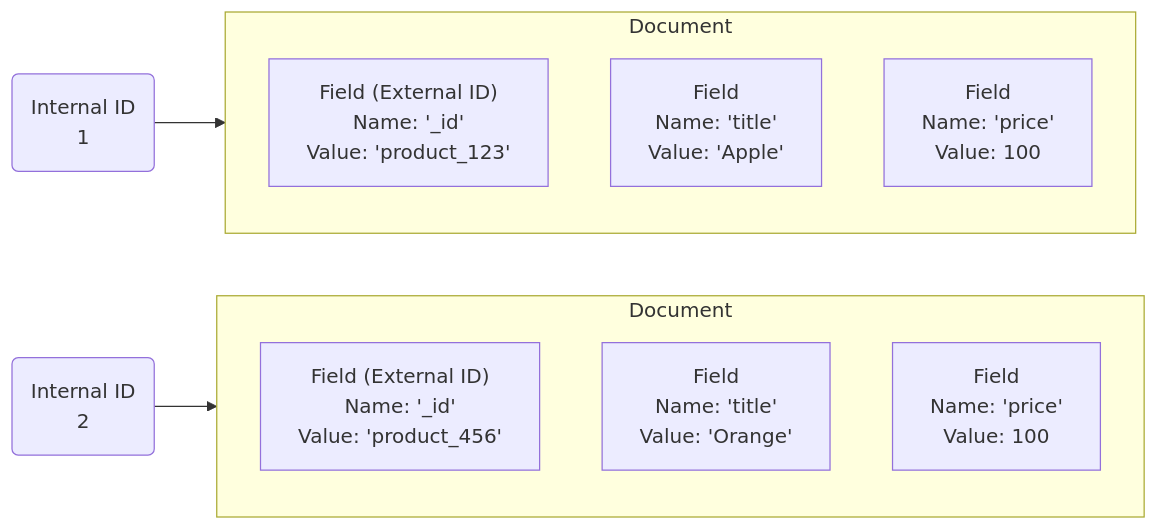
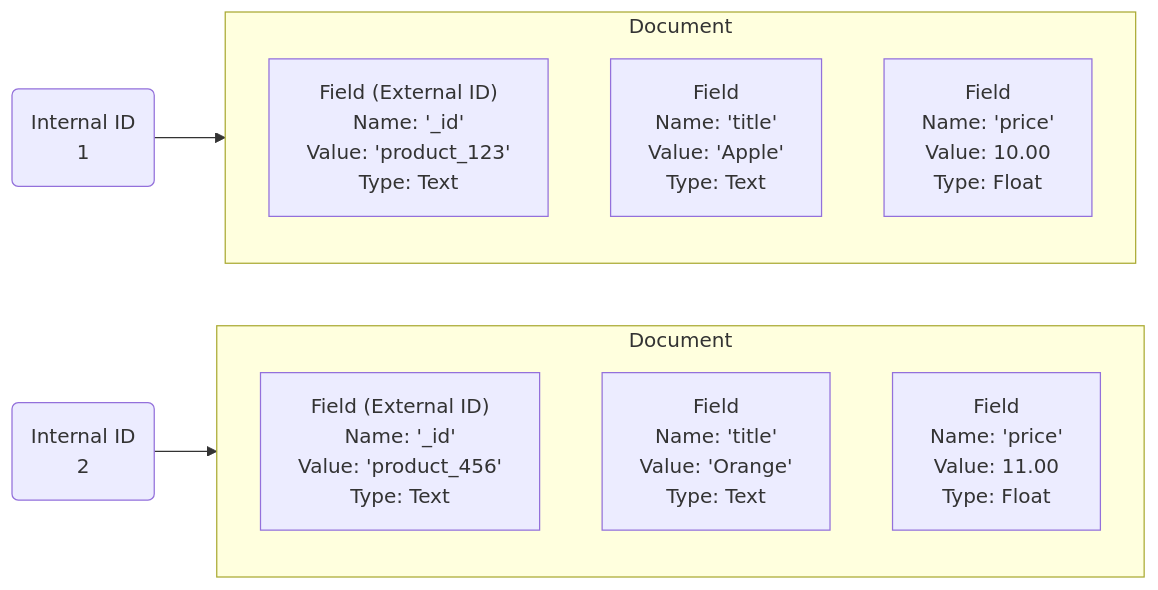
The first of 3 diagrams in docs/src/concepts/lexical_search.md (mosuka/iris), drawn with Mermaid before and after one commit. The commit also changed 1 other file, not shown here.

Commit message:
Update document structure

````diff
--- a/docs/src/concepts/lexical_search.md
+++ b/docs/src/concepts/lexical_search.md
@@ -13,22 +13,22 @@
 ```mermaid
 flowchart LR
     IntID1("Internal ID<br>1") --> Document_Container
 
     subgraph Document_Container [Document]
         direction TB
         
-        ExtID1["Field (External ID)<br>Name: '_id'<br>Value: 'product_123'"]
-        F11["Field<br>Name: 'title'<br>Value: 'Apple'"]
-        F12["Field<br>Name: 'price'<br>Value: 100"]
+        ExtID1["Field (External ID)<br>Name: '_id'<br>Value: 'product_123'<br>Type: Text"]
+        F11["Field<br>Name: 'title'<br>Value: 'Apple'<br>Type: Text"]
+        F12["Field<br>Name: 'price'<br>Value: 10.00<br>Type: Float"]
     end
     
     IntID2("Internal ID<br>2") --> Document_Container2
 
     subgraph Document_Container2 [Document]
         direction TB
         
-        ExtID2["Field (External ID)<br>Name: '_id'<br>Value: 'product_456'"]
-        F21["Field<br>Name: 'title'<br>Value: 'Orange'"]
-        F22["Field<br>Name: 'price'<br>Value: 100"]
+        ExtID2["Field (External ID)<br>Name: '_id'<br>Value: 'product_456'<br>Type: Text"]
+        F21["Field<br>Name: 'title'<br>Value: 'Orange'<br>Type: Text"]
+        F22["Field<br>Name: 'price'<br>Value: 11.00<br>Type: Float"]
     end
 ```
````
